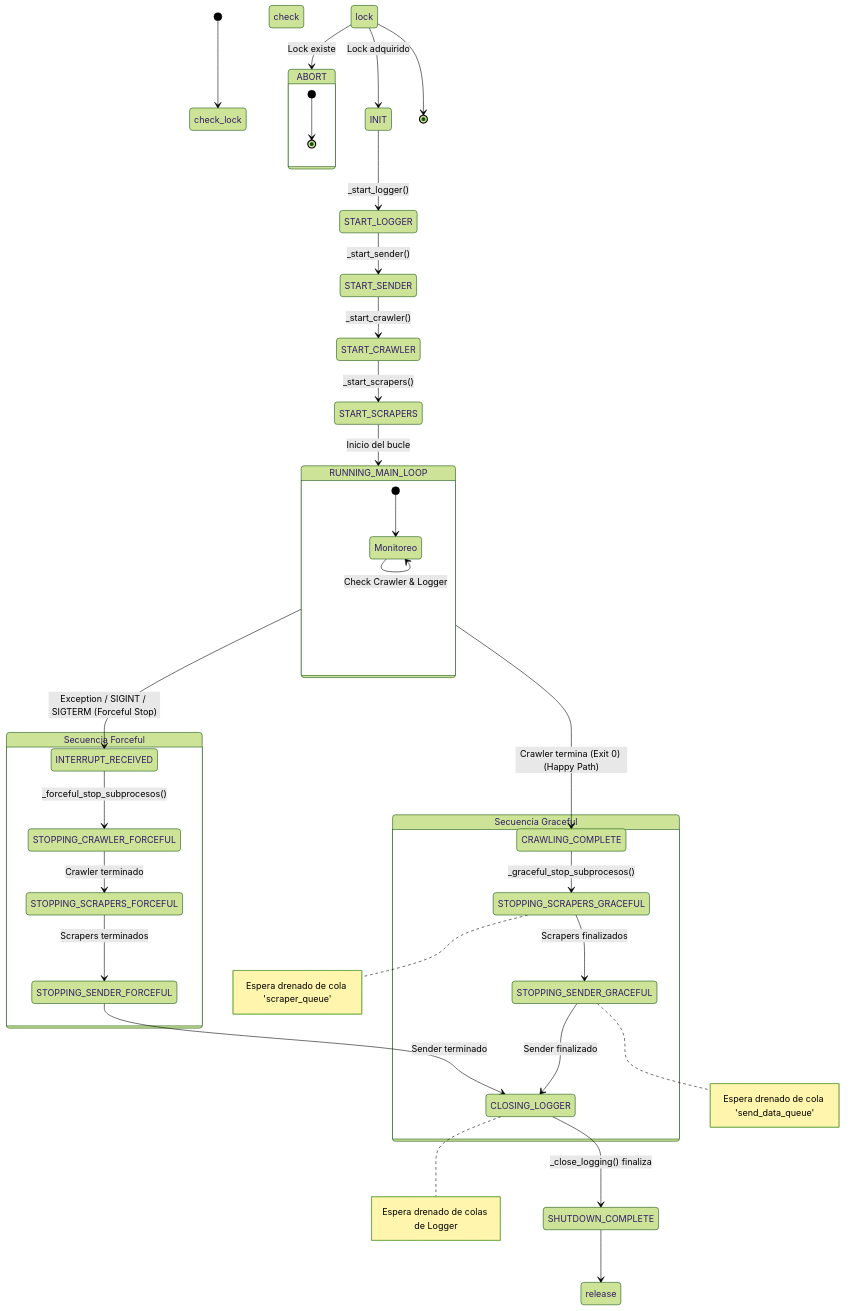
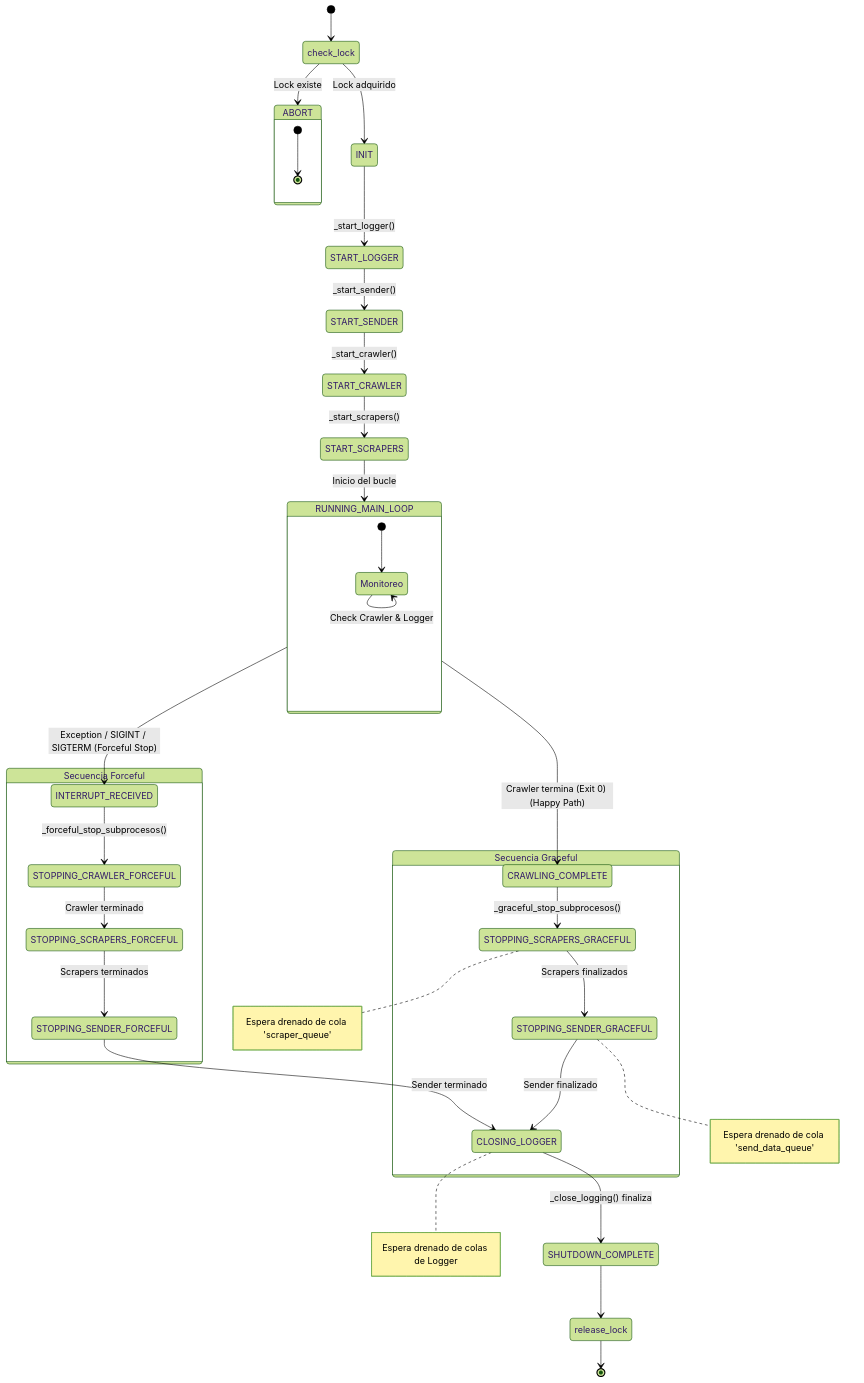
The diagram in docs/scheduler.md (sophiasearch-2025/media-data-collector), drawn with Mermaid (forest theme) before and after one commit.

Commit message:
Corregido error en el diagrama mermaid

````diff
--- a/docs/scheduler.md
+++ b/docs/scheduler.md
@@ -81,57 +81,57 @@
 ```mermaid
 stateDiagram-v2
     [*] --> check_lock
 
-    check lock --> ABORT: Lock existe
-    check lock --> INIT: Lock adquirido
+    check_lock --> ABORT: Lock existe
+    check_lock --> INIT: Lock adquirido
 
     state ABORT {
         [*] --> [*]
     }
 
     %% --- Fases de Inicio ---
     INIT --> START_LOGGER: _start_logger()
     START_LOGGER --> START_SENDER: _start_sender()
     START_SENDER --> START_CRAWLER: _start_crawler()
     START_CRAWLER --> START_SCRAPERS: _start_scrapers()
     START_SCRAPERS --> RUNNING_MAIN_LOOP: Inicio del bucle
 
     %% --- Ejecución Principal ---
     state RUNNING_MAIN_LOOP {
         [*] --> Monitoreo
         Monitoreo --> Monitoreo: Check Crawler & Logger
     }
 
     %% --- Transiciones de Salida ---
     RUNNING_MAIN_LOOP --> CRAWLING_COMPLETE: Crawler termina (Exit 0) (Happy Path)
     RUNNING_MAIN_LOOP --> INTERRUPT_RECEIVED: Exception / SIGINT / SIGTERM (Forceful Stop)
 
     %% --- Forceful Stop (Interrupción/Error) ---
     state "Secuencia Forceful" as Forceful {
         INTERRUPT_RECEIVED --> STOPPING_CRAWLER_FORCEFUL: _forceful_stop_subprocesos()
         STOPPING_CRAWLER_FORCEFUL --> STOPPING_SCRAPERS_FORCEFUL: Crawler terminado
         STOPPING_SCRAPERS_FORCEFUL --> STOPPING_SENDER_FORCEFUL: Scrapers terminados
         STOPPING_SENDER_FORCEFUL --> CLOSING_LOGGER: Sender terminado
     }
 
         %% --- Happy Path (Graceful Shutdown) ---
     state "Secuencia Graceful" as Graceful {
         CRAWLING_COMPLETE --> STOPPING_SCRAPERS_GRACEFUL: _graceful_stop_subprocesos()
         note right of STOPPING_SCRAPERS_GRACEFUL
             Espera drenado de cola 'scraper_queue'
         end note
         STOPPING_SCRAPERS_GRACEFUL --> STOPPING_SENDER_GRACEFUL: Scrapers finalizados
         STOPPING_SENDER_GRACEFUL --> CLOSING_LOGGER: Sender finalizado
         note right of STOPPING_SENDER_GRACEFUL
             Espera drenado de cola 'send_data_queue'
         end note
     }
 
     %% --- Cierre Común ---
     CLOSING_LOGGER --> SHUTDOWN_COMPLETE: _close_logging() finaliza
     note right of CLOSING_LOGGER
             Espera drenado de colas de Logger
     end note
-    SHUTDOWN_COMPLETE --> release lock
-    release lock --> [*]
+    SHUTDOWN_COMPLETE --> release_lock
+    release_lock --> [*]
 ```
````
